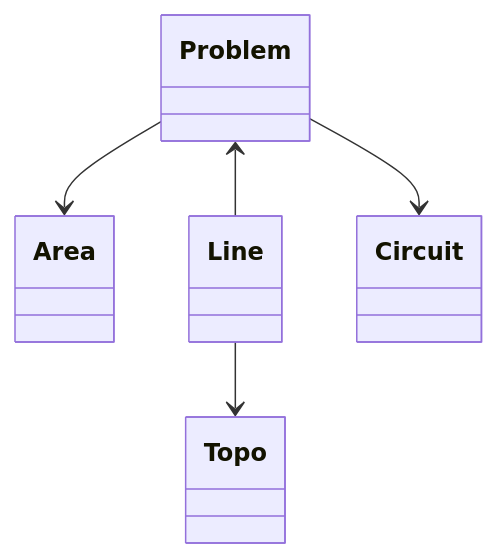
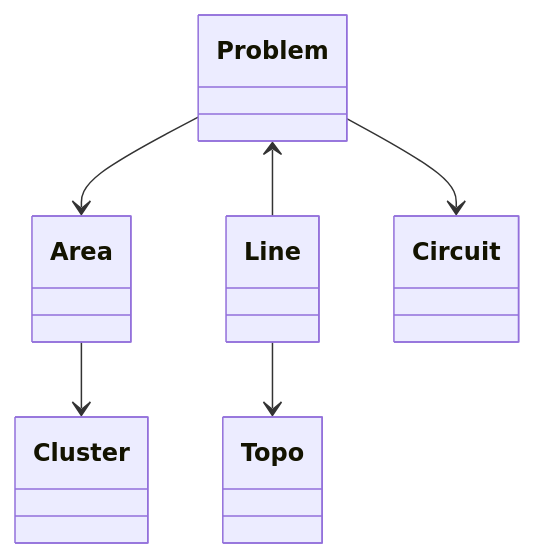
Before and after one commit to boolder-org/boolder-data: the diagram in README.md, drawn with Mermaid. The commit also changed other lines of this file, not shown here.

````diff
--- a/README.md
+++ b/README.md
@@ -23,7 +23,8 @@
 ```mermaid
 classDiagram
     Problem --> Area
     Problem <-- Line
+    Area --> Cluster
     Line --> Topo
     Problem --> Circuit
 ```
````
